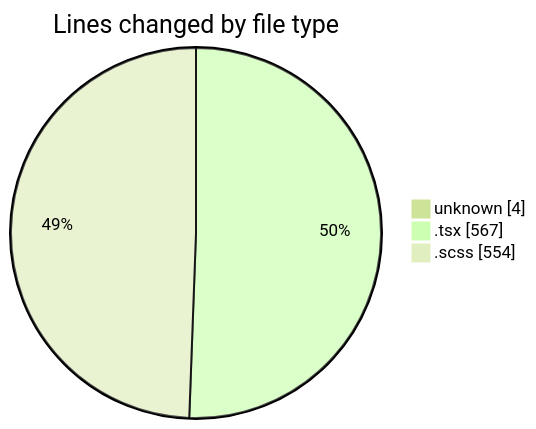
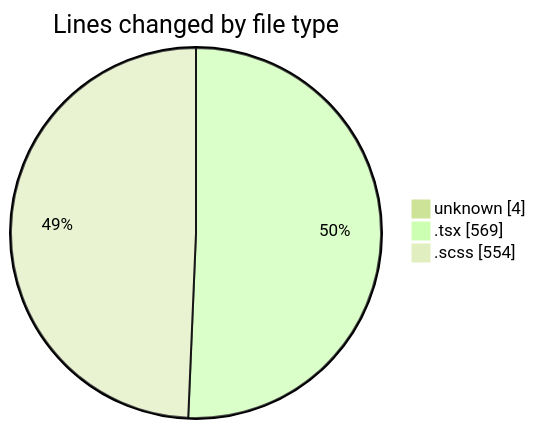
Before and after one commit to momahboobian/code-tracking: the first of 2 diagrams in 2025-02-14/cda/README.md, drawn with Mermaid (forest theme). The commit also changed other lines of this file and 1 other file, not shown here.

````diff
--- a/2025-02-14/cda/README.md
+++ b/2025-02-14/cda/README.md
@@ -24,7 +24,7 @@
 ```mermaid
 pie showData
 title Lines changed by file type
 "unknown" : 4
-".tsx" : 567
+".tsx" : 569
 ".scss" : 554
 ```
````
